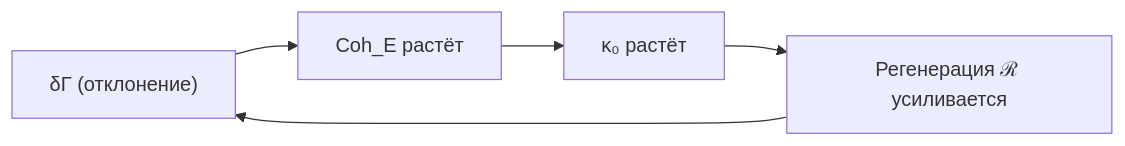
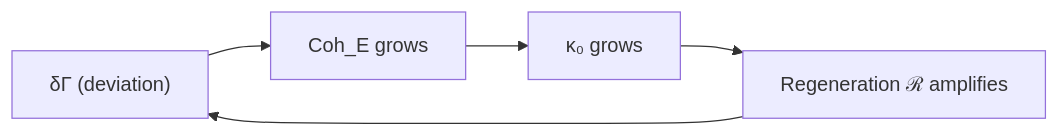
Before and after one commit to gst-st/uhm: the first of 2 diagrams in website/docs/physics/cosmology-phys/origin.md, drawn with Mermaid. The commit also changed other lines of this file and 39 other files, not shown here.

````diff
--- a/website/docs/physics/cosmology-phys/origin.md
+++ b/website/docs/physics/cosmology-phys/origin.md
@@ -139,7 +139,7 @@
 ```mermaid
 graph LR
-    F["δΓ (отклонение)"] --> C["Coh_E растёт"]
-    C --> K["κ₀ растёт"]
-    K --> R["Регенерация ℛ усиливается"]
+    F["δΓ (deviation)"] --> C["Coh_E grows"]
+    C --> K["κ₀ grows"]
+    K --> R["Regeneration ℛ amplifies"]
     R --> F
 ```
````
